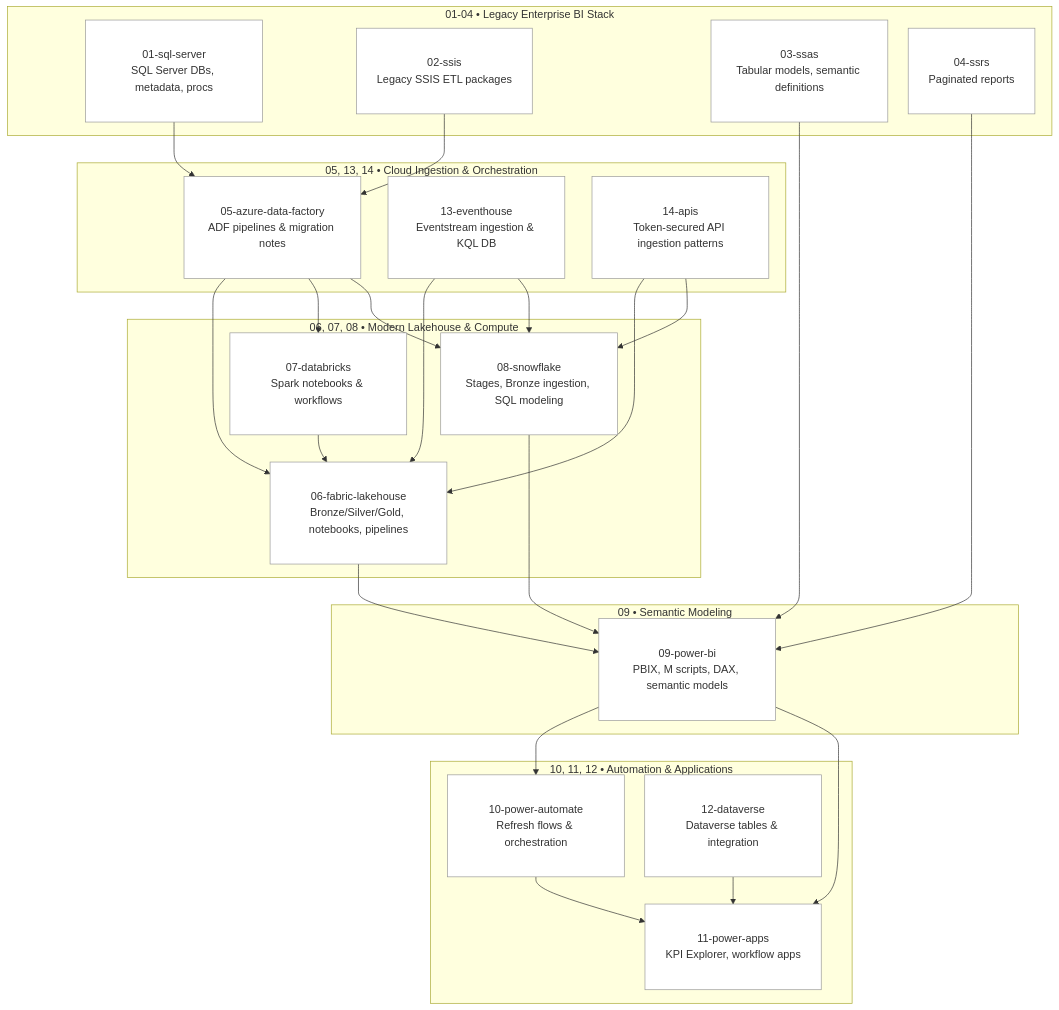
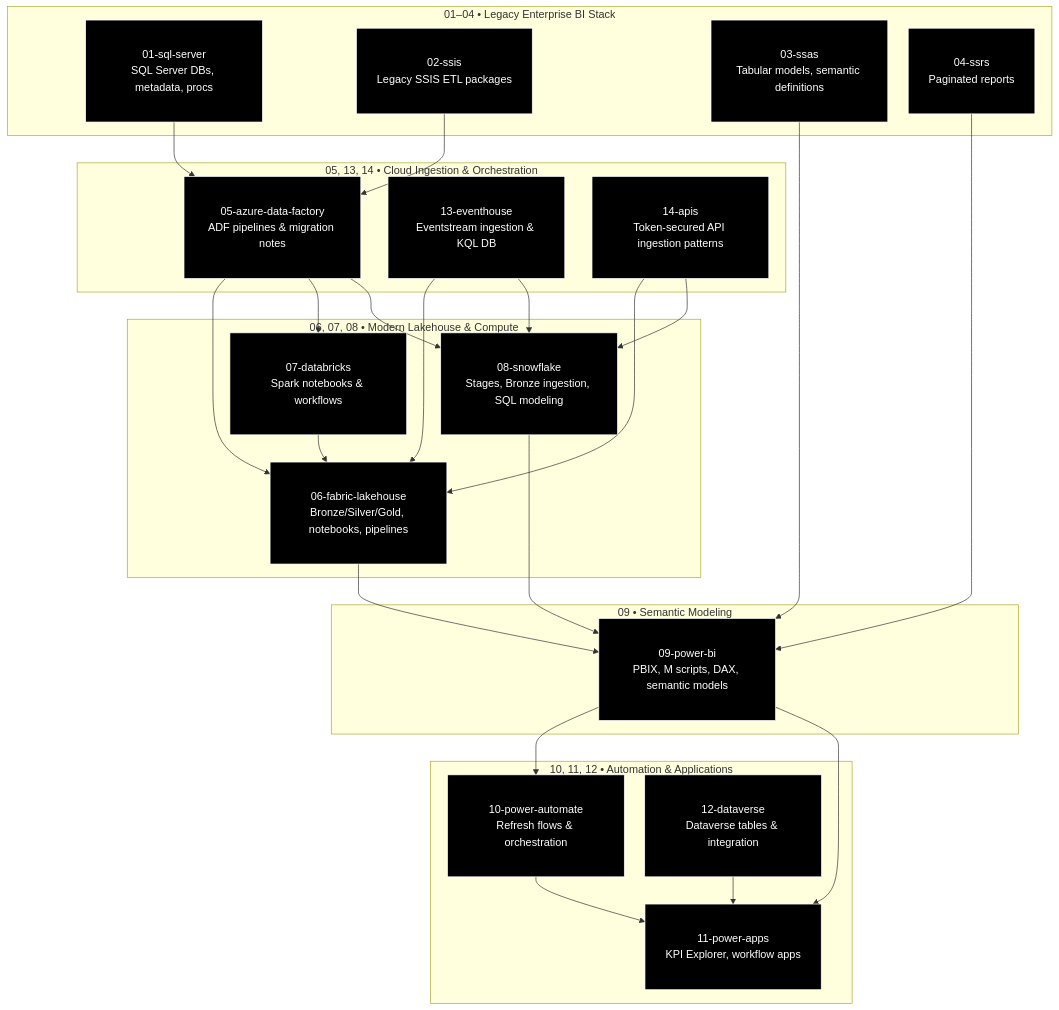
Before and after one commit to michaelraylloyd/gulf-to-bay-analytics-modernization: the diagram in docs/README.md, drawn with Mermaid.

Commit message:
Expanded SQL Server modernization narrative; added GTB-aligned documentation and DBA toolkit headers

```diff
--- a/docs/README.md
+++ b/docs/README.md
@@ -575,56 +575,57 @@
 
 flowchart TB
 
-classDef pad fill:#ffffff,stroke:#999,stroke-width:1px,margin:20px,padding:10px;
+%% Dark theme node style
+classDef dark fill:#000000,stroke:#ffffff,stroke-width:1px,color:#ffffff,padding:10px;
 classDef spacer fill:#0000,stroke:#0000,color:#0000;
 
 %% ---------------------------------
-%% SOURCE & LEGACY SYSTEMS
+%% L1 — LEGACY ENTERPRISE BI STACK
 %% ---------------------------------
-subgraph L1[01-04 • Legacy Enterprise BI Stack]
+subgraph L1[01–04 • Legacy Enterprise BI Stack]
     L1_PAD[" "]:::spacer
-    SQL[01-sql-server<br/>SQL Server DBs, metadata, procs]:::pad
-    SSIS[02-ssis<br/>Legacy SSIS ETL packages]:::pad
-    SSAS[03-ssas<br/>Tabular models, semantic definitions]:::pad
-    SSRS[04-ssrs<br/>Paginated reports]:::pad
+    SQL[01-sql-server<br/>SQL Server DBs, metadata, procs]:::dark
+    SSIS[02-ssis<br/>Legacy SSIS ETL packages]:::dark
+    SSAS[03-ssas<br/>Tabular models, semantic definitions]:::dark
+    SSRS[04-ssrs<br/>Paginated reports]:::dark
 end
 
 %% ---------------------------------
-%% CLOUD INGESTION & ORCHESTRATION
+%% L2 — CLOUD INGESTION & ORCHESTRATION
 %% ---------------------------------
 subgraph L2[05, 13, 14 • Cloud Ingestion & Orchestration]
     L2_PAD[" "]:::spacer
-    ADF[05-azure-data-factory<br/>ADF pipelines & migration notes]:::pad
-    EVENT[13-eventhouse<br/>Eventstream ingestion & KQL DB]:::pad
-    APIS[14-apis<br/>Token-secured API ingestion patterns]:::pad
+    ADF[05-azure-data-factory<br/>ADF pipelines & migration notes]:::dark
+    EVENT[13-eventhouse<br/>Eventstream ingestion & KQL DB]:::dark
+    APIS[14-apis<br/>Token-secured API ingestion patterns]:::dark
 end
 
 %% ---------------------------------
-%% MODERN LAKEHOUSE & COMPUTE
+%% L3 — MODERN LAKEHOUSE & COMPUTE
 %% ---------------------------------
 subgraph L3[06, 07, 08 • Modern Lakehouse & Compute]
     L3_PAD[" "]:::spacer
-    FAB[06-fabric-lakehouse<br/>Bronze/Silver/Gold, notebooks, pipelines]:::pad
-    DBX[07-databricks<br/>Spark notebooks & workflows]:::pad
-    SNOW[08-snowflake<br/>Stages, Bronze ingestion, SQL modeling]:::pad
+    FAB[06-fabric-lakehouse<br/>Bronze/Silver/Gold, notebooks, pipelines]:::dark
+    DBX[07-databricks<br/>Spark notebooks & workflows]:::dark
+    SNOW[08-snowflake<br/>Stages, Bronze ingestion, SQL modeling]:::dark
 end
 
 %% ---------------------------------
-%% SEMANTIC MODELING
+%% L4 — SEMANTIC MODELING
 %% ---------------------------------
 subgraph L4[09 • Semantic Modeling]
     L4_PAD[" "]:::spacer
-    PBI[09-power-bi<br/>PBIX, M scripts, DAX, semantic models]:::pad
+    PBI[09-power-bi<br/>PBIX, M scripts, DAX, semantic models]:::dark
 end
 
 %% ---------------------------------
-%% AUTOMATION & APPS
+%% L5 — AUTOMATION & APPLICATIONS
 %% ---------------------------------
 subgraph L5[10, 11, 12 • Automation & Applications]
     L5_PAD[" "]:::spacer
-    PA[10-power-automate<br/>Refresh flows & orchestration]:::pad
-    APPS[11-power-apps<br/>KPI Explorer, workflow apps]:::pad
-    DV[12-dataverse<br/>Dataverse tables & integration]:::pad
+    PA[10-power-automate<br/>Refresh flows & orchestration]:::dark
+    APPS[11-power-apps<br/>KPI Explorer, workflow apps]:::dark
+    DV[12-dataverse<br/>Dataverse tables & integration]:::dark
 end
 
 %% ---------------------------------
```
